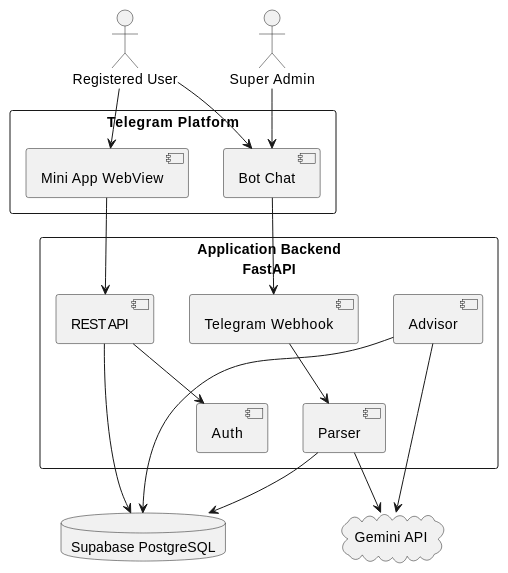
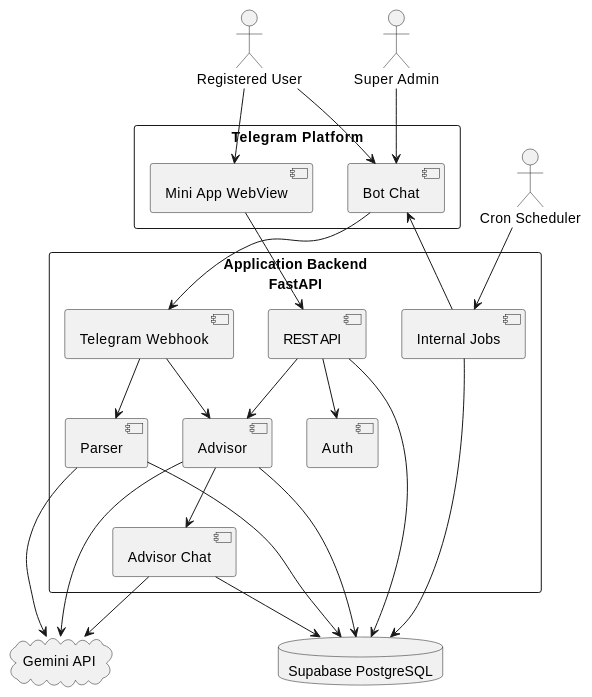
The second of 13 diagrams in docs/ARCHITECTURE.md (abdtirtayasa24/ai-expense-telegram), drawn with PlantUML before and after one commit. The commit also changed other lines of this file and 2 other files, not shown here.

Commit message:
docs: update architecture documentation

````diff
--- a/docs/ARCHITECTURE.md
+++ b/docs/ARCHITECTURE.md
@@ -85,38 +105,49 @@
 ```plantuml
 @startuml
 actor "Registered User" as User
 actor "Super Admin" as Admin
+actor "Cron Scheduler" as Cron
 
 rectangle "Telegram Platform" {
   component "Bot Chat"
   component "Mini App WebView"
 }
 
 rectangle "Application Backend\nFastAPI" {
   component "Telegram Webhook"
   component "REST API"
   component "Parser"
   component "Advisor"
+  component "Advisor Chat"
   component "Auth"
+  component "Internal Jobs"
 }
 
 database "Supabase PostgreSQL" as DB
 cloud "Gemini API" as Gemini
 
 Admin --> "Bot Chat"
 User --> "Bot Chat"
 User --> "Mini App WebView"
 
 "Bot Chat" --> "Telegram Webhook"
 "Mini App WebView" --> "REST API"
 
 "Telegram Webhook" --> Parser
 Parser --> Gemini
 Parser --> DB
 
 "REST API" --> Auth
 "REST API" --> DB
+"REST API" --> Advisor
+"Telegram Webhook" --> Advisor
+Advisor --> "Advisor Chat"
+"Advisor Chat" --> Gemini
+"Advisor Chat" --> DB
 Advisor --> Gemini
 Advisor --> DB
+Cron --> "Internal Jobs"
+"Internal Jobs" --> DB
+"Internal Jobs" --> "Bot Chat"
 @enduml
 ```
````
